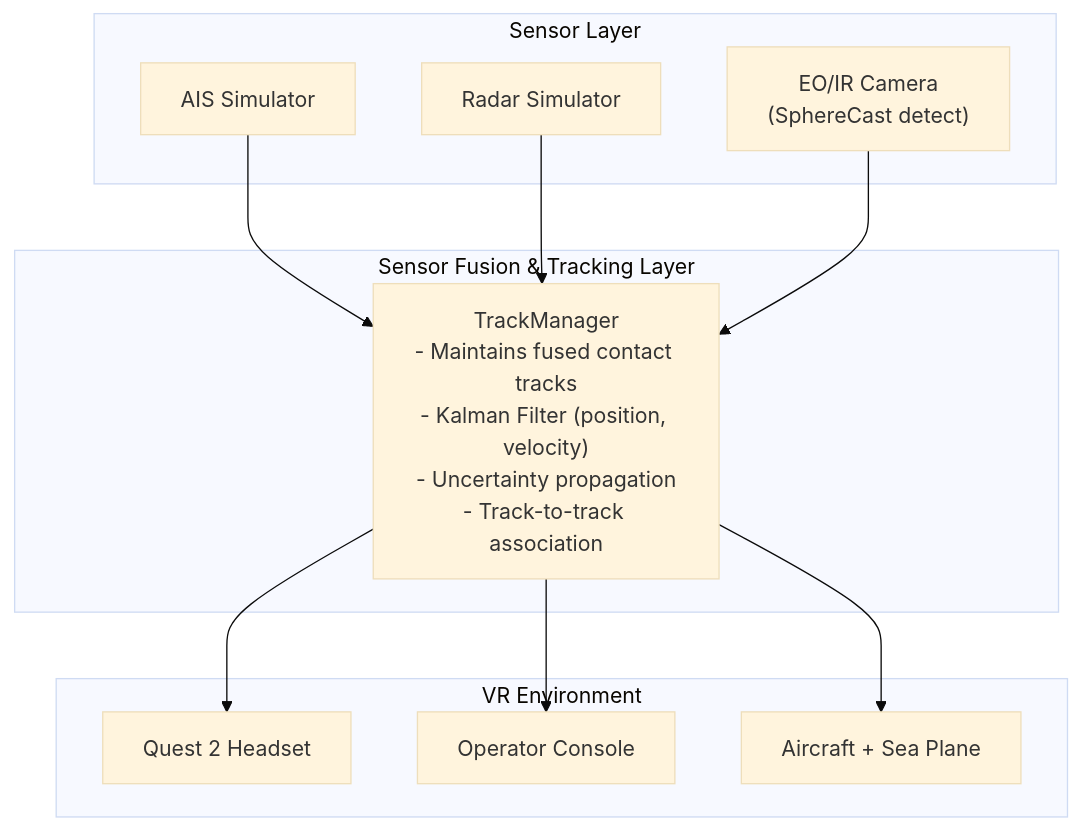
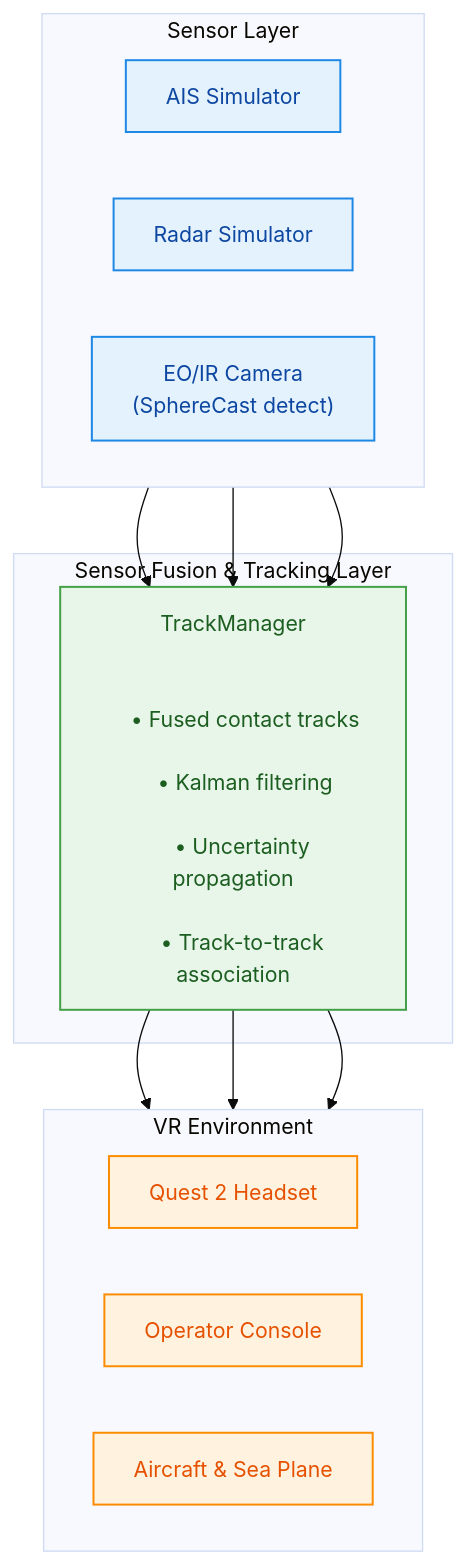
Before and after one commit to martinhli/master-thesis: the diagram in README.md, drawn with Mermaid (base theme).

Commit message:
Refactor mermaid diagram and section formatting
Updated the mermaid diagram styles and improved the formatting of the Sensor Layer, Sensor Fusion & Tracking Layer, and VR Environment sections in the README.

````diff
--- a/README.md
+++ b/README.md
@@ -60,39 +60,42 @@
 ```mermaid
 flowchart TB
 
-%% =====================
-%% Sensor Layer
-%% =====================
+%% ========= Styles =========
+classDef sensor fill:#E3F2FD,stroke:#1E88E5,stroke-width:1.5px,color:#0D47A1;
+classDef fusion fill:#E8F5E9,stroke:#43A047,stroke-width:1.5px,color:#1B5E20;
+classDef vr fill:#FFF3E0,stroke:#FB8C00,stroke-width:1.5px,color:#E65100;
+
+%% ========= Sensor Layer =========
 subgraph SL["Sensor Layer"]
-    AIS["AIS Simulator"]
-    RADAR["Radar Simulator"]
-    EOIR["EO/IR Camera\n(SphereCast detect)"]
+    direction LR
+    AIS["AIS Simulator"]:::sensor
+    RADAR["Radar Simulator"]:::sensor
+    EOIR["EO/IR Camera<br/>(SphereCast detect)"]:::sensor
 end
 
-%% =====================
-%% Sensor Fusion & Tracking Layer
-%% =====================
+%% ========= Sensor Fusion & Tracking =========
 subgraph SFTL["Sensor Fusion & Tracking Layer"]
-    TM["TrackManager\n- Maintains fused contact tracks\n- Kalman Filter (position, velocity)\n- Uncertainty propagation\n- Track-to-track association"]
+    TM["TrackManager<br/><br/>
+    • Fused contact tracks<br/>
+    • Kalman filtering<br/>
+    • Uncertainty propagation<br/>
+    • Track-to-track association"]:::fusion
 end
 
-%% =====================
-%% VR Environment
-%% =====================
+%% ========= VR Environment =========
 subgraph VR["VR Environment"]
-    QUEST["Quest 2 Headset"]
-    OP["Operator Console"]
-    AC["Aircraft + Sea Plane"]
+    direction LR
+    QUEST["Quest 2 Headset"]:::vr
+    OP["Operator Console"]:::vr
+    AC["Aircraft & Sea Plane"]:::vr
 end
 
-%% =====================
-%% Data Flow
-%% =====================
+%% ========= Data Flow =========
 AIS --> TM
 RADAR --> TM
 EOIR --> TM
 
 TM --> QUEST
 TM --> OP
 TM --> AC
 ```
````
